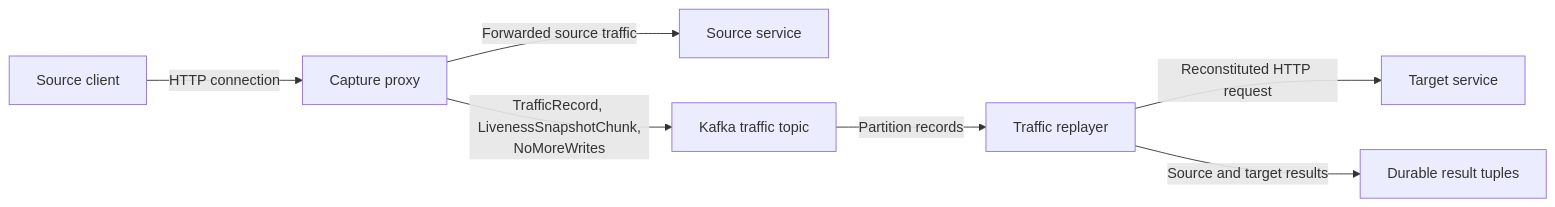
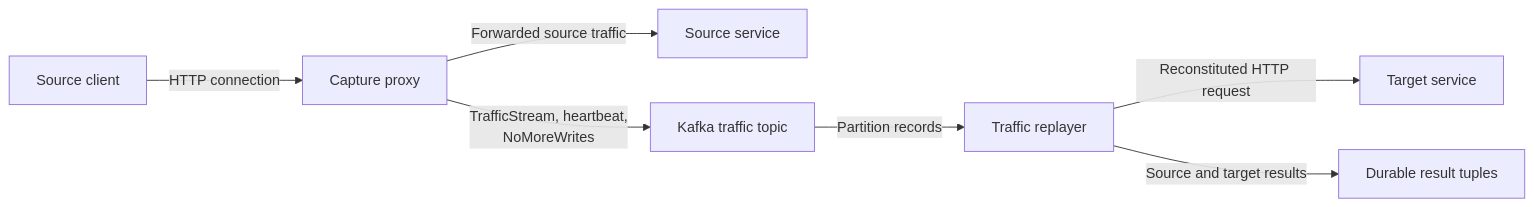
Before and after one commit to gregschohn/opensearch-migrations: the first of 3 diagrams in docs/captureAndReplayArchitecture.md, drawn with Mermaid. The commit also changed other lines of this file and 9 other files, not shown here.

Commit message:
Document capture and replayer architecture

````diff
--- a/docs/captureAndReplayArchitecture.md
+++ b/docs/captureAndReplayArchitecture.md
@@ -69,17 +68,17 @@
 ```mermaid
 flowchart LR
     Client["Source client"]
     Proxy["Capture proxy"]
     Source["Source service"]
     Kafka["Kafka traffic topic"]
     Replayer["Traffic replayer"]
     Target["Target service"]
     Tuples["Durable result tuples"]
 
     Client -->|"HTTP connection"| Proxy
     Proxy -->|"Forwarded source traffic"| Source
-    Proxy -->|"TrafficRecord, LivenessSnapshotChunk,<br/>NoMoreWrites"| Kafka
+    Proxy -->|"TrafficStream, heartbeat,<br/>NoMoreWrites"| Kafka
     Kafka -->|"Partition records"| Replayer
     Replayer -->|"Reconstituted HTTP request"| Target
     Replayer -->|"Source and target results"| Tuples
 ```
````
